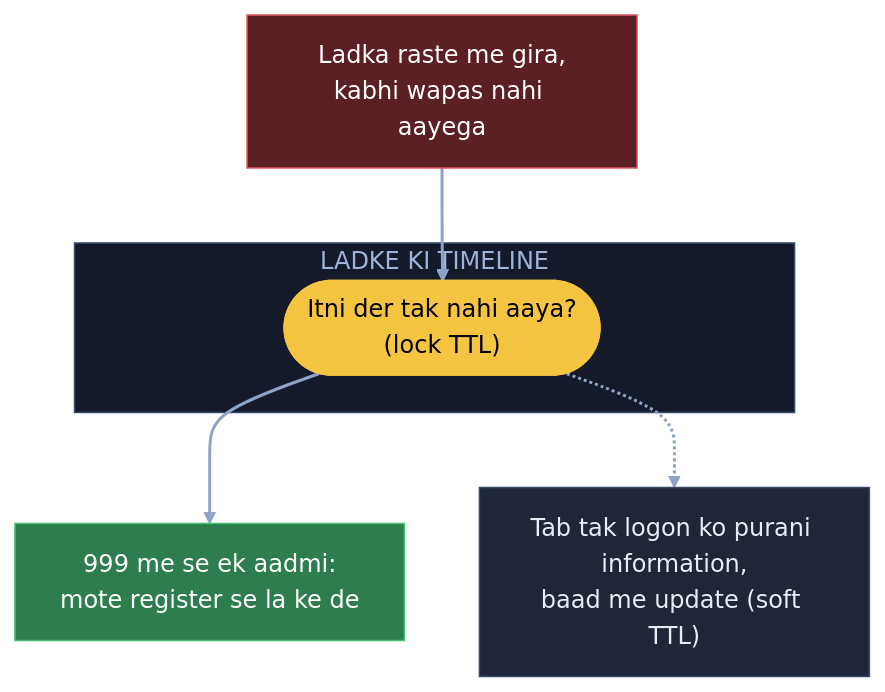
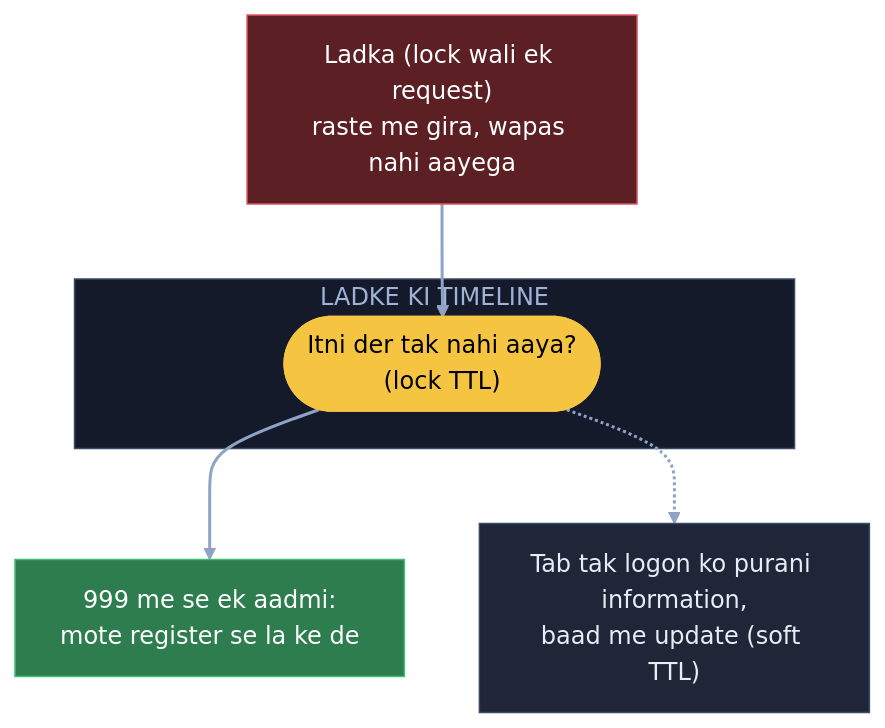
Before and after one commit to ArpanMaheshwari144/Prep: the sixth of 14 diagrams in 04_HLD/SYSTEM_DESIGNS/01_url_shortener/01_url_shortener.md, drawn with Mermaid. The commit also changed other lines of this file and 1 other file, not shown here.

Commit message:
URL main = hand notes + har kadam ka diagram (kahani shabd, bracket me naam); build_main.py se banti

````diff
--- a/04_HLD/SYSTEM_DESIGNS/01_url_shortener/01_url_shortener.md
+++ b/04_HLD/SYSTEM_DESIGNS/01_url_shortener/01_url_shortener.md
@@ -223,18 +205,18 @@
 ```mermaid
 flowchart TB
-    L["Ladka raste me gira,<br/>kabhi wapas nahi aayega"]:::bad
+    L["Ladka (lock wali ek request)<br/>raste me gira, wapas nahi aayega"]:::bad
     subgraph TL["LADKE KI TIMELINE"]
         T(["Itni der tak nahi aaya?<br/>(lock TTL)"]):::pill
     end
     A["999 me se ek aadmi:<br/>mote register se la ke de"]:::good
     P["Tab tak logon ko purani information,<br/>baad me update (soft TTL)"]:::card
     L --> T
     T --> A
     T -.-> P
     linkStyle default stroke:#8fa3c7,stroke-width:2px
     classDef card fill:#1e2638,stroke:#3a4a6b,color:#e8ecf5
     classDef pill fill:#f5c542,stroke:#f5c542,color:#000
     classDef good fill:#2e7d4f,stroke:#3fbf6f,color:#fff
     classDef bad fill:#5c1f24,stroke:#e05561,color:#fff
     style TL fill:#141a29,stroke:#3a4a6b,color:#9fb3d9
 ```
````
